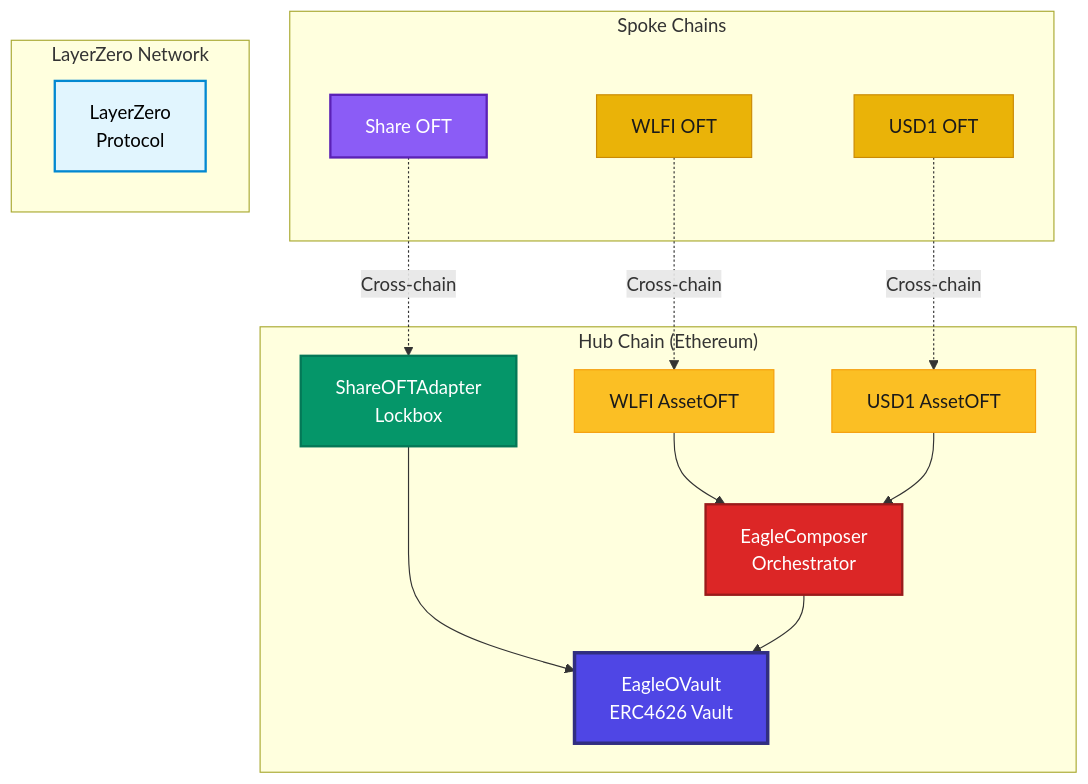
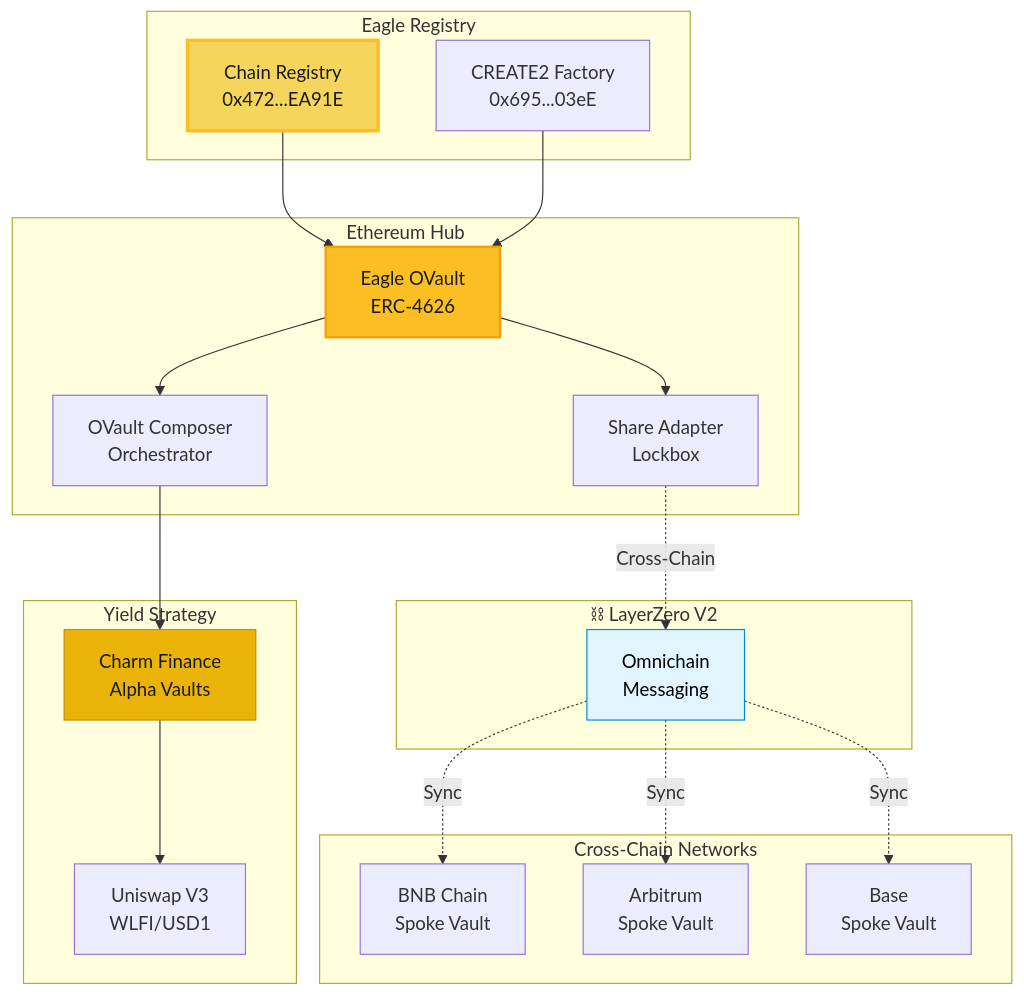
One commit to 47-Eagle/docs changed the second of 5 diagrams in docs/dev/overview.md. Above: the diagram before and after it, drawn with Mermaid. The commit also changed other lines of this file and 14 other files, not shown here.

````diff
--- a/docs/dev/overview.md
+++ b/docs/dev/overview.md
@@ -26,39 +71,45 @@
 ```mermaid
 graph TB
-    subgraph "Hub Chain (Ethereum)"
-        EV[EagleOVault<br/>ERC4626 Vault]
-        SA[ShareOFTAdapter<br/>Lockbox]
-        EC[EagleComposer<br/>Orchestrator]
-        WA[WLFI AssetOFT]
-        UA[USD1 AssetOFT]
+    subgraph Registry[" Eagle Registry"]
+        REG[Chain Registry<br/>0x472...EA91E]
+        FACTORY[CREATE2 Factory<br/>0x695...03eE]
     end
     
-    subgraph "Spoke Chains"
-        SO[Share OFT]
-        WO[WLFI OFT]
-        UO[USD1 OFT]
+    subgraph Hub[" Ethereum Hub"]
+        VAULT[Eagle OVault<br/>ERC-4626]
+        ADAPTER[Share Adapter<br/>Lockbox]
+        COMPOSER[OVault Composer<br/>Orchestrator]
     end
     
-    subgraph " LayerZero Network"
-        LZ[LayerZero<br/>Protocol]
+    subgraph Strategy[" Yield Strategy"]
+        CHARM[Charm Finance<br/>Alpha Vaults]
+        UNI[Uniswap V3<br/>WLFI/USD1]
     end
     
-    SO -.->|Cross-chain| SA
-    WO -.->|Cross-chain| WA
-    UO -.->|Cross-chain| UA
+    subgraph Spokes[" Cross-Chain Networks"]
+        BSC[BNB Chain<br/>Spoke Vault]
+        ARB[Arbitrum<br/>Spoke Vault]
+        BASE[Base<br/>Spoke Vault]
+    end
     
-    SA --> EV
-    EC --> EV
-    WA --> EC
-    UA --> EC
+    subgraph LZ["⛓ LayerZero V2"]
+        MESSAGING[Omnichain<br/>Messaging]
+    end
     
-    style EV fill:#4f46e5,stroke:#312e81,stroke-width:3px,color:#fff
-    style SA fill:#059669,stroke:#047857,stroke-width:2px,color:#fff
-    style EC fill:#dc2626,stroke:#991b1b,stroke-width:2px,color:#fff
-    style SO fill:#8b5cf6,stroke:#5b21b6,stroke-width:2px,color:#fff
-    style WO fill:#eab308,stroke:#ca8a04,color:#1a1a1a
-    style UO fill:#eab308,stroke:#ca8a04,color:#1a1a1a
-    style WA fill:#fbbf24,stroke:#f59e0b,color:#1a1a1a
-    style UA fill:#fbbf24,stroke:#f59e0b,color:#1a1a1a
-    style LZ fill:#e1f5fe,stroke:#0288d1,stroke-width:2px,color:#000
+    REG --> VAULT
+    FACTORY --> VAULT
+    VAULT --> ADAPTER
+    VAULT --> COMPOSER
+    COMPOSER --> CHARM
+    CHARM --> UNI
+    
+    ADAPTER -.->|Cross-Chain| MESSAGING
+    MESSAGING -.->|Sync| BSC
+    MESSAGING -.->|Sync| ARB
+    MESSAGING -.->|Sync| BASE
+    
+    style REG fill:#f6d55c,stroke:#fbbf24,color:#1a1a1a,stroke-width:3px
+    style VAULT fill:#fbbf24,stroke:#f59e0b,color:#1a1a1a,stroke-width:2px
+    style CHARM fill:#eab308,stroke:#ca8a04,color:#1a1a1a
+    style MESSAGING fill:#e1f5fe,stroke:#0288d1,color:#000
 ```
````
